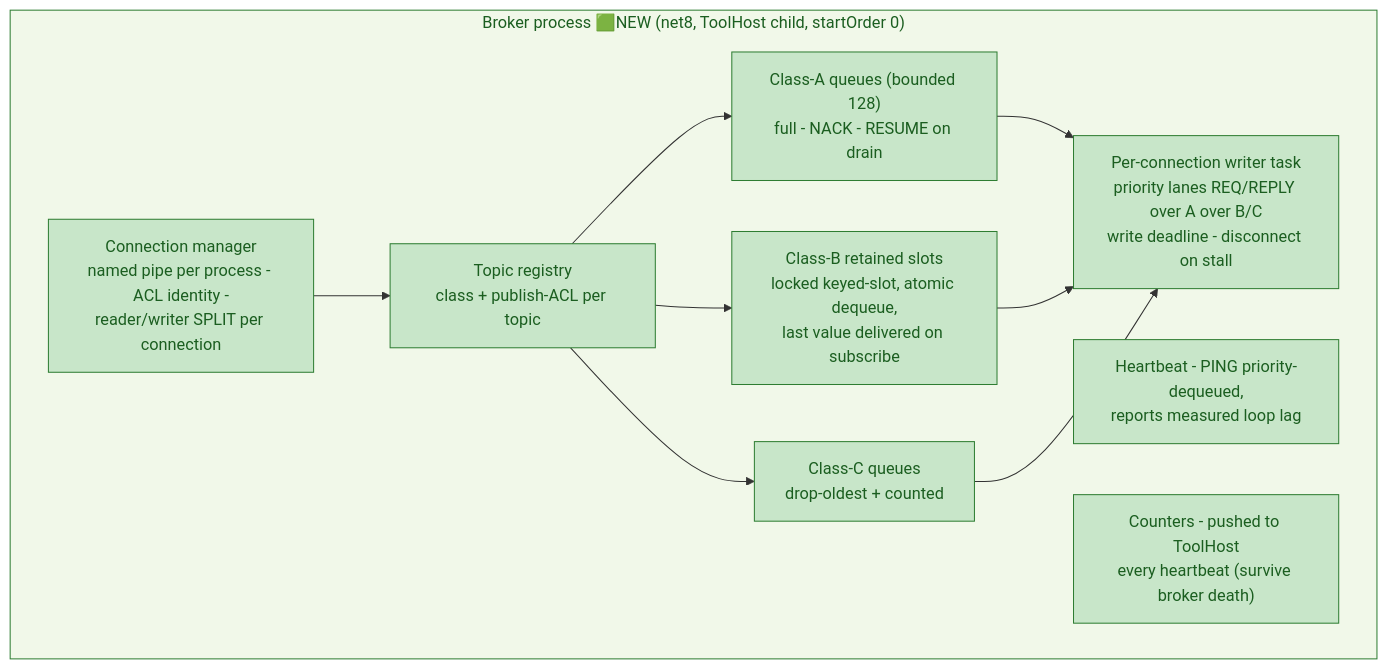
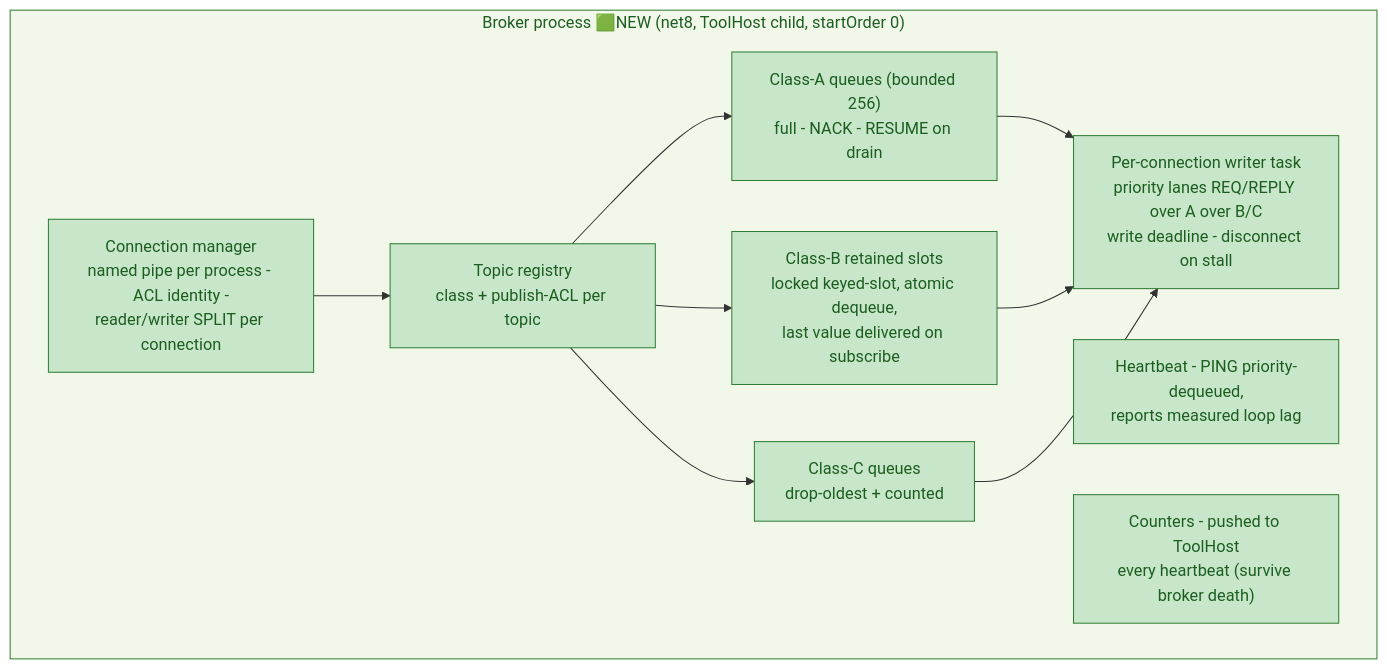
The eighth of 15 diagrams in stage/01-system-architecture.md (amitA-camtek/bus_gateway), drawn with Mermaid before and after one commit. The commit also changed other lines of this file and 19 other files, not shown here.

````diff
--- a/stage/01-system-architecture.md
+++ b/stage/01-system-architecture.md
@@ -209,19 +209,19 @@
 ```mermaid
 flowchart TB
     subgraph B["Broker process 🟩NEW (net8, ToolHost child, startOrder 0)"]
         CONN["Connection manager\nnamed pipe per process - ACL identity -\nreader/writer SPLIT per connection"]
         REG["Topic registry\nclass + publish-ACL per topic"]
-        QA["Class-A queues (bounded 128)\nfull - NACK - RESUME on drain"]
+        QA["Class-A queues (bounded 256)\nfull - NACK - RESUME on drain"]
         QB["Class-B retained slots\nlocked keyed-slot, atomic dequeue,\nlast value delivered on subscribe"]
         QC["Class-C queues\ndrop-oldest + counted"]
         WR["Per-connection writer task\npriority lanes REQ/REPLY over A over B/C\nwrite deadline - disconnect on stall"]
         HB["Heartbeat - PING priority-dequeued,\nreports measured loop lag"]
         CTR["Counters - pushed to ToolHost\nevery heartbeat (survive broker death)"]
     end
     CONN --> REG --> QA & QB & QC --> WR
 
     %% Entire broker is 🟩NEW (Camtek.Messaging.Broker) — every node below is new.
     classDef new fill:#C8E6C9,stroke:#2E7D32,color:#1B5E20;
     class CONN,REG,QA,QB,QC,WR,HB,CTR new;
     style B fill:#F1F8E9,stroke:#2E7D32,color:#1B5E20;
 ```
````
